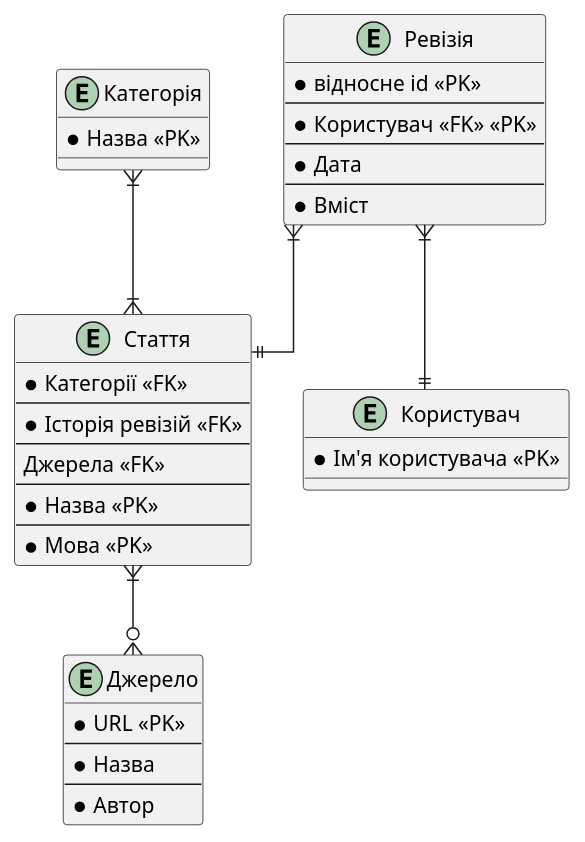
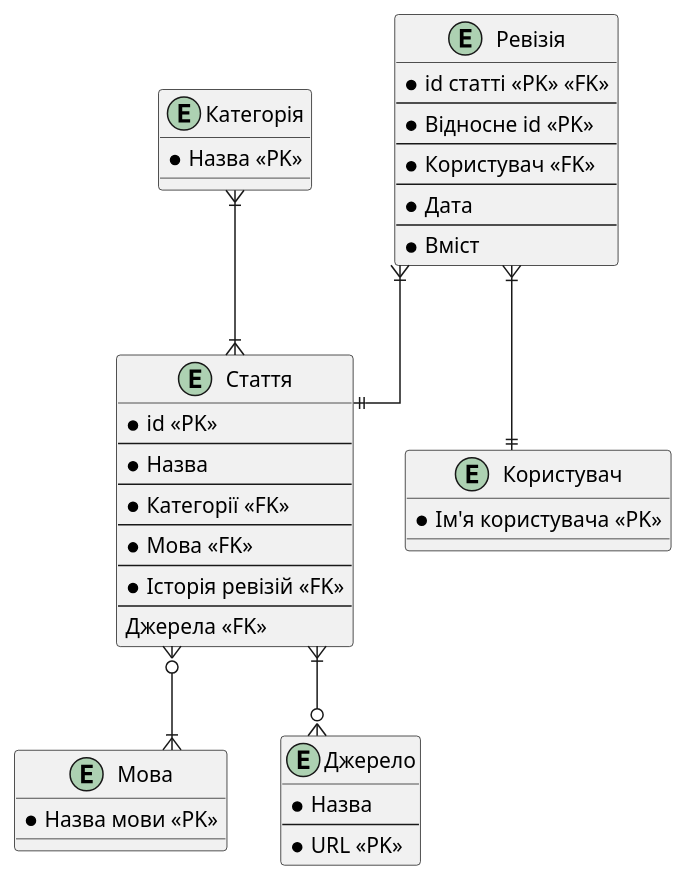
One commit to ZheniaTrochun/db-intro-course changed the diagram in labs/1 - ER Diagram/Task/er.puml. Above: the diagram before and after it, drawn with PlantUML. The commit also changed 1 other file, not shown here.

```diff
--- a/labs/1 - ER Diagram/Task/er.puml
+++ b/labs/1 - ER Diagram/Task/er.puml
@@ -1,46 +1,52 @@
 @startuml "ER diagram"
 
 ' avoid problems with angled crows feet
 skinparam linetype ortho
 
 entity Категорія {
     * Назва <<PK>>
 }
+entity Мова {
+    * Назва мови <<PK>>
+}
 entity Ревізія {
-    * відносне id <<PK>>
+    * id статті <<PK>> <<FK>>
     --
-    * Користувач <<FK>> <<PK>>
+    * Відносне id <<PK>>
+    --
+    * Користувач <<FK>>
     --
     * Дата
     --
     * Вміст
 }
 entity Стаття {
+    * id <<PK>>
+    --
+    * Назва
+    --
     * Категорії <<FK>>
+    --
+    * Мова <<FK>>
     --
     * Історія ревізій <<FK>>
     --
     Джерела <<FK>>
-    --
-    * Назва <<PK>>
-    --
-    * Мова <<PK>>
 }
 entity Джерело {
-    * URL <<PK>>
-    --
     * Назва
     --
-    * Автор
+    * URL <<PK>>
 }
 entity Користувач {
     * Ім'я користувача <<PK>>
 }
 
 Ревізія }|--|| Користувач
 Ревізія }|--|| Стаття
 Стаття }|--o{ Джерело
 Категорія }|--|{ Стаття
+Стаття }o--|{ Мова
 
 
 @enduml
```
